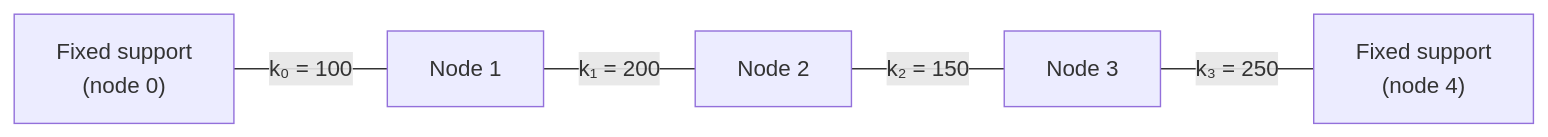
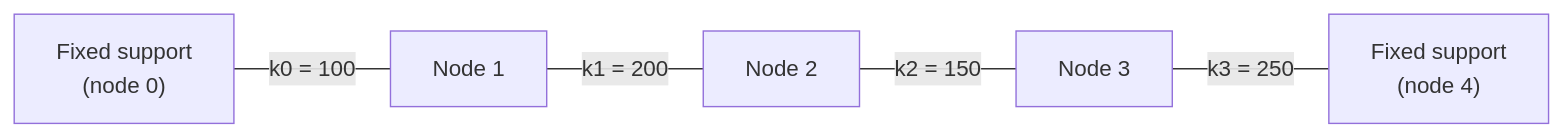
Before and after one commit to Choroning/26Spring_Numerical-Analysis: the second of 2 diagrams in Lecture-Notes/Ch10_LU-Factorization/Concepts_Lab.md, drawn with Mermaid. The commit also changed other lines of this file and 41 other files, not shown here.

````diff
--- a/Lecture-Notes/Ch10_LU-Factorization/Concepts_Lab.md
+++ b/Lecture-Notes/Ch10_LU-Factorization/Concepts_Lab.md
@@ -353,7 +353,7 @@
 ```mermaid
 flowchart LR
-    W1["Fixed support<br>(node 0)"] ---|"k₀ = 100"| N1["Node 1"]
-    N1 ---|"k₁ = 200"| N2["Node 2"]
-    N2 ---|"k₂ = 150"| N3["Node 3"]
-    N3 ---|"k₃ = 250"| W2["Fixed support<br>(node 4)"]
+    W1["Fixed support<br>(node 0)"] ---|"k0 = 100"| N1["Node 1"]
+    N1 ---|"k1 = 200"| N2["Node 2"]
+    N2 ---|"k2 = 150"| N3["Node 3"]
+    N3 ---|"k3 = 250"| W2["Fixed support<br>(node 4)"]
 ```
````
